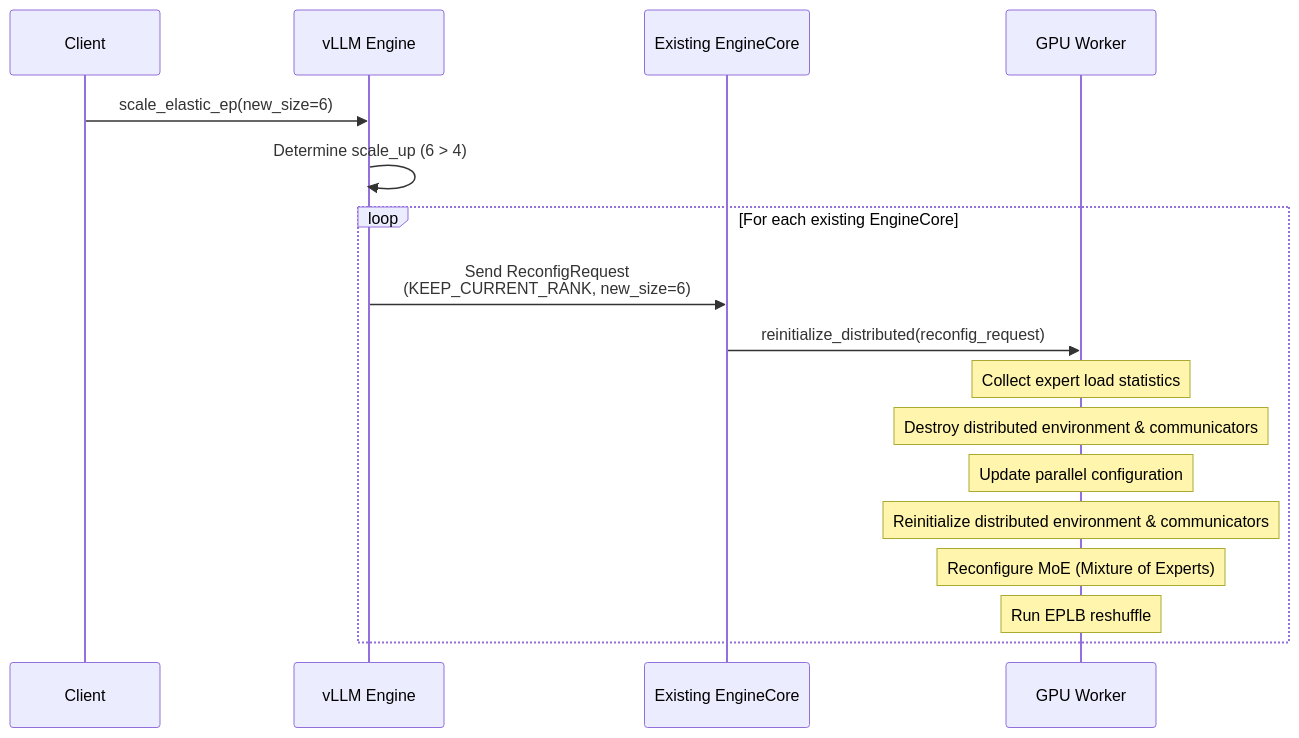
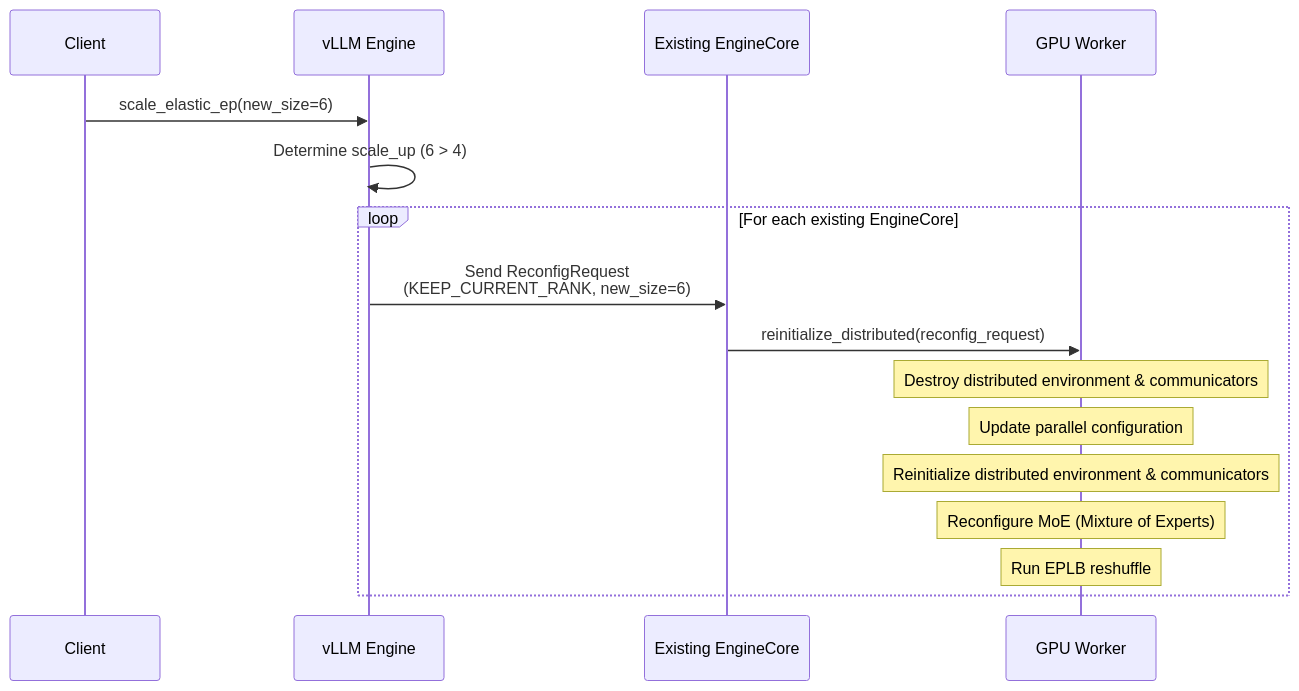
Before and after one commit to ruisearch42/vllm: the diagram in detailed_scale_up_existing.md, drawn with Mermaid. The commit also changed 1 other file, not shown here.

````diff
--- a/detailed_scale_up_existing.md
+++ b/detailed_scale_up_existing.md
@@ -5,28 +5,26 @@
 ```mermaid
 sequenceDiagram
     participant Client as Client
     participant Engine as vLLM Engine
     participant ExistingEngineCore as Existing EngineCore
     participant Worker as GPU Worker
     
     Client->>Engine: scale_elastic_ep(new_size=6)
     Engine->>Engine: Determine scale_up (6 > 4)
     
     loop For each existing EngineCore
         Engine->>ExistingEngineCore: Send ReconfigRequest<br/>(KEEP_CURRENT_RANK, new_size=6)
         ExistingEngineCore->>Worker: reinitialize_distributed(reconfig_request)
-        
-        Note over Worker: Collect expert load statistics
-        
+                
         Note over Worker: Destroy distributed environment & communicators
         
         Note over Worker: Update parallel configuration
         
         Note over Worker: Reinitialize distributed environment & communicators
         
         Note over Worker: Reconfigure MoE (Mixture of Experts)
         
         Note over Worker: Run EPLB reshuffle
         
     end
 ```
````
